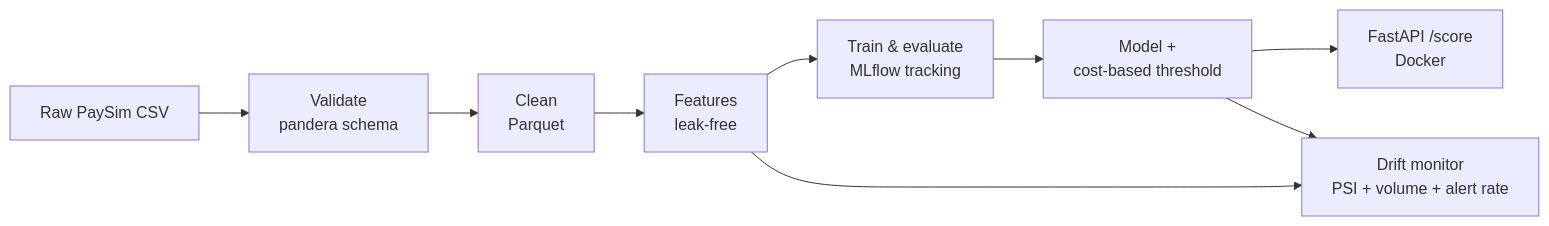
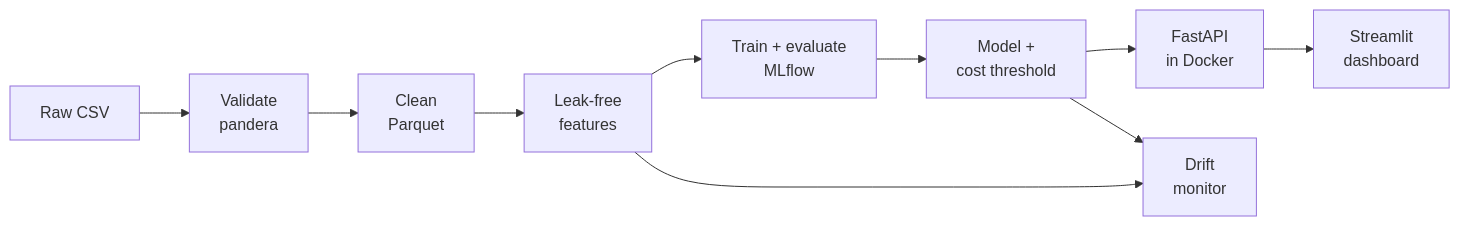
The diagram in README.md (Getrudetrudy01/mobile-money-fraud-detection), drawn with Mermaid before and after one commit. The commit also changed other lines of this file and 1 other file, not shown here.

````diff
--- a/README.md
+++ b/README.md
@@ -26,11 +37,12 @@
 ```mermaid
 flowchart LR
-    A[Raw PaySim CSV] --> B[Validate<br/>pandera schema]
+    A[Raw CSV] --> B[Validate<br/>pandera]
     B --> C[Clean<br/>Parquet]
-    C --> D[Features<br/>leak-free]
-    D --> E[Train & evaluate<br/>MLflow tracking]
-    E --> F[Model +<br/>cost-based threshold]
-    F --> G[FastAPI /score<br/>Docker]
-    D --> H[Drift monitor<br/>PSI + volume + alert rate]
-    F --> H
+    C --> D[Leak-free<br/>features]
+    D --> E[Train + evaluate<br/>MLflow]
+    E --> F[Model +<br/>cost threshold]
+    F --> G[FastAPI<br/>in Docker]
+    G --> H[Streamlit<br/>dashboard]
+    D --> I[Drift<br/>monitor]
+    F --> I
 ```
````
